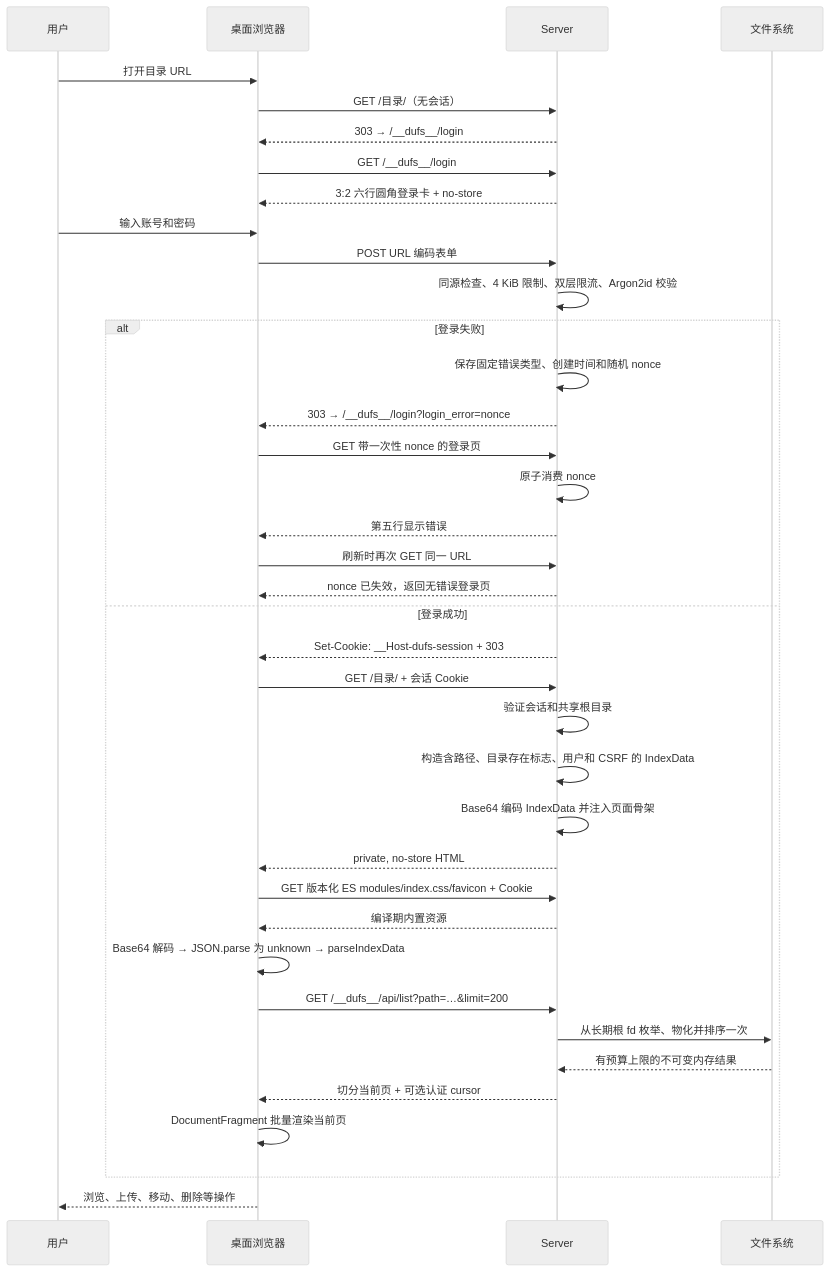
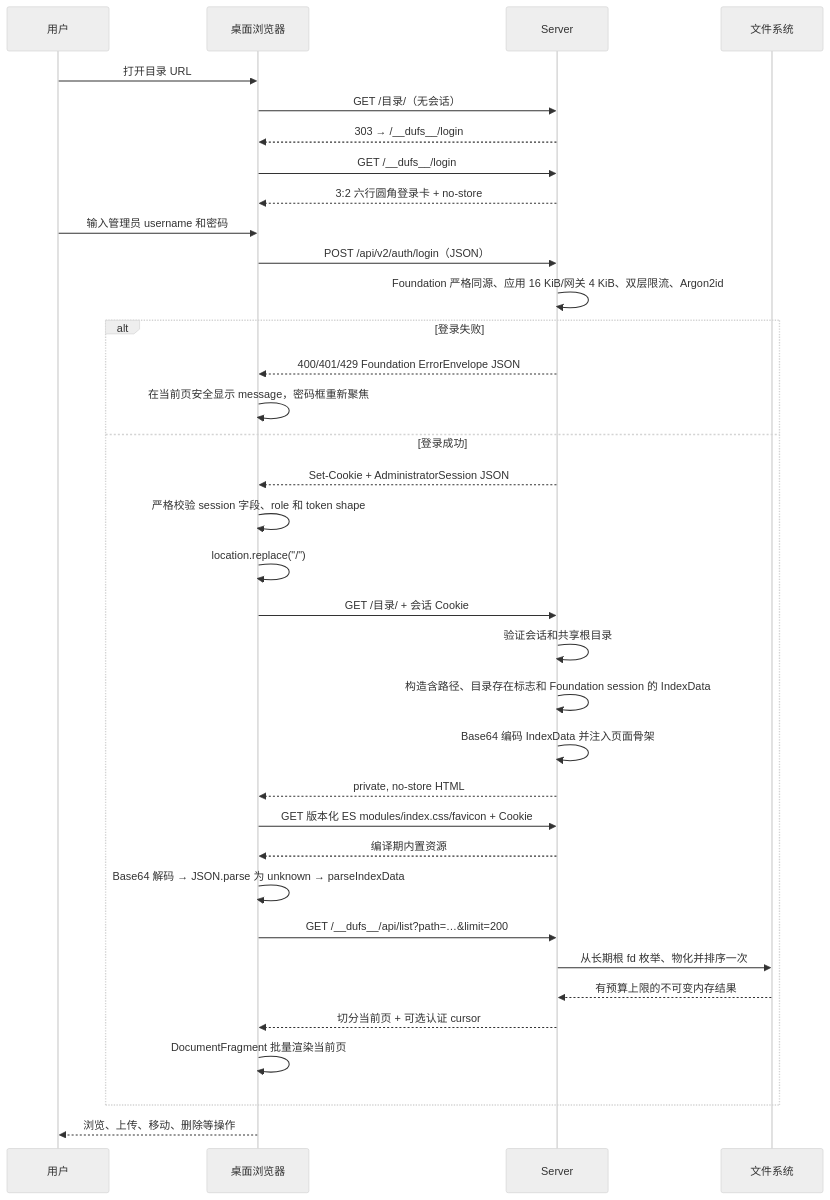
One commit to isarmg/dufs-ram changed the sixth of 22 diagrams in docs/project-workflow.md. Above: the diagram before and after it, drawn with Mermaid (neutral theme). The commit also changed other lines of this file and 17 other files, not shown here.

````diff
--- a/docs/project-workflow.md
+++ b/docs/project-workflow.md
@@ -230,41 +233,38 @@
 ```mermaid
 sequenceDiagram
     participant U as 用户
     participant B as 桌面浏览器
     participant S as Server
     participant F as 文件系统
 
     U->>B: 打开目录 URL
     B->>S: GET /目录/（无会话）
     S-->>B: 303 → /__dufs__/login
     B->>S: GET /__dufs__/login
     S-->>B: 3:2 六行圆角登录卡 + no-store
-    U->>B: 输入账号和密码
-    B->>S: POST URL 编码表单
-    S->>S: 同源检查、4 KiB 限制、双层限流、Argon2id 校验
+    U->>B: 输入管理员 username 和密码
+    B->>S: POST /api/v2/auth/login（JSON）
+    S->>S: Foundation 严格同源、应用 16 KiB/网关 4 KiB、双层限流、Argon2id
     alt 登录失败
-        S->>S: 保存固定错误类型、创建时间和随机 nonce
-        S-->>B: 303 → /__dufs__/login?login_error=nonce
-        B->>S: GET 带一次性 nonce 的登录页
-        S->>S: 原子消费 nonce
-        S-->>B: 第五行显示错误
-        B->>S: 刷新时再次 GET 同一 URL
-        S-->>B: nonce 已失效，返回无错误登录页
+        S-->>B: 400/401/429 Foundation ErrorEnvelope JSON
+        B->>B: 在当前页安全显示 message，密码框重新聚焦
     else 登录成功
-        S-->>B: Set-Cookie: __Host-dufs-session + 303
+        S-->>B: Set-Cookie + AdministratorSession JSON
+        B->>B: 严格校验 session 字段、role 和 token shape
+        B->>B: location.replace("/")
         B->>S: GET /目录/ + 会话 Cookie
         S->>S: 验证会话和共享根目录
-        S->>S: 构造含路径、目录存在标志、用户和 CSRF 的 IndexData
+        S->>S: 构造含路径、目录存在标志和 Foundation session 的 IndexData
         S->>S: Base64 编码 IndexData 并注入页面骨架
         S-->>B: private, no-store HTML
         B->>S: GET 版本化 ES modules/index.css/favicon + Cookie
         S-->>B: 编译期内置资源
         B->>B: Base64 解码 → JSON.parse 为 unknown → parseIndexData
         B->>S: GET /__dufs__/api/list?path=…&limit=200
         S->>F: 从长期根 fd 枚举、物化并排序一次
         F-->>S: 有预算上限的不可变内存结果
         S-->>B: 切分当前页 + 可选认证 cursor
         B->>B: DocumentFragment 批量渲染当前页
     end
     B-->>U: 浏览、上传、移动、删除等操作
 ```
````
